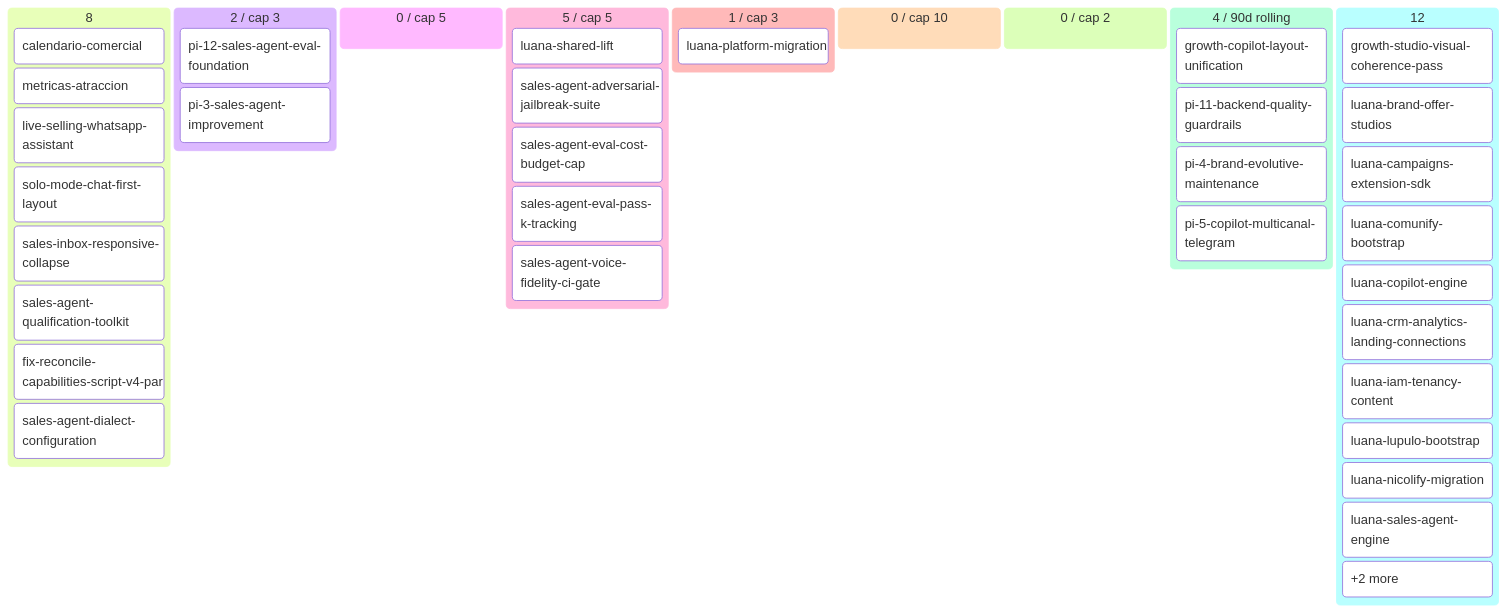
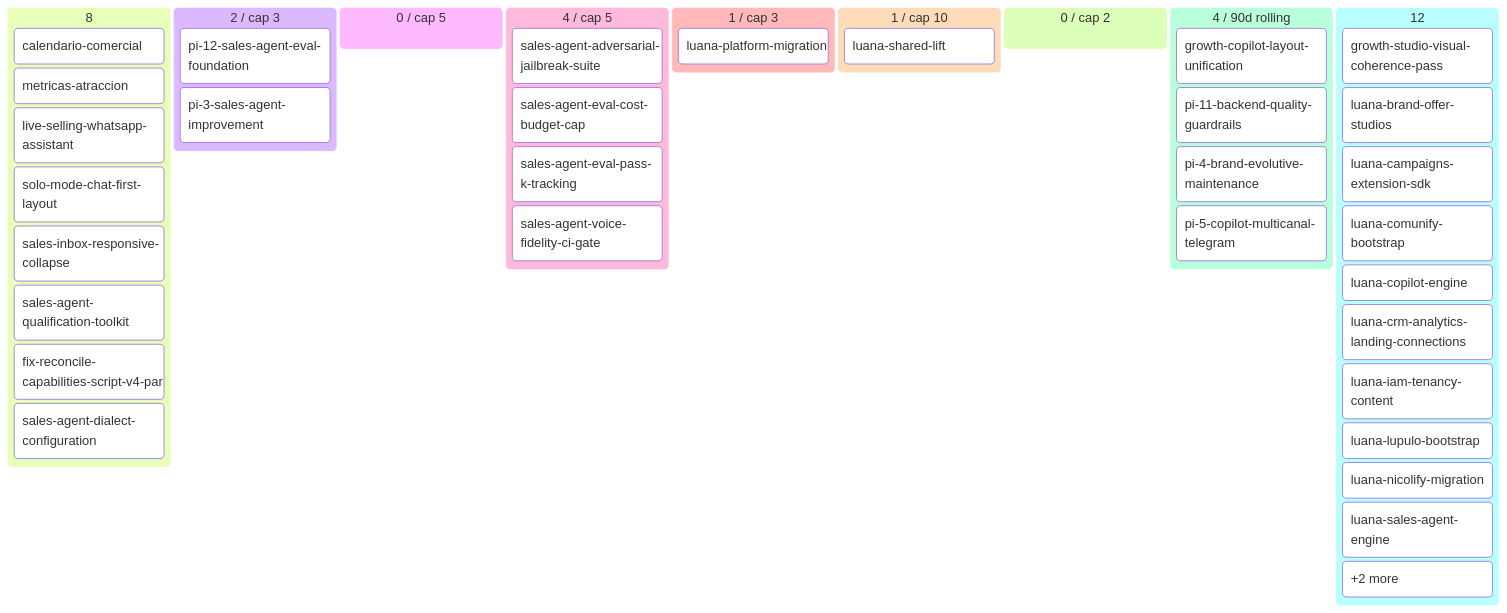
The diagram in docs/product/BACKLOG.md (alpacapurpura/ap_sales_agent), drawn with Mermaid before and after one commit. The commit also changed other lines of this file and 3 other files, not shown here.

First line of the commit message:
feat(luana-shared-lift): close Story 2 DEVELOPED — all 17 tickets GREEN

````diff
--- a/docs/product/BACKLOG.md
+++ b/docs/product/BACKLOG.md
@@ -70,43 +69,43 @@
 ```mermaid
 kanban
   💡 Ideas (8)
     calendario-comercial[calendario-comercial]
     metricas-atraccion[metricas-atraccion]
     live-selling-whatsapp-assistan[live-selling-whatsapp-assistant]
     solo-mode-chat-first-layout[solo-mode-chat-first-layout]
     sales-inbox-responsive-collaps[sales-inbox-responsive-collapse]
     sales-agent-qualification-tool[sales-agent-qualification-toolkit]
     fix-reconcile-capabilities-scr[fix-reconcile-capabilities-script-v4-par]
     sales-agent-dialect-configurat[sales-agent-dialect-configuration]
   🔬 Refining (2 / cap 3)
     pi-12-sales-agent-eval-foundat[pi-12-sales-agent-eval-foundation]
     pi-3-sales-agent-improvement[pi-3-sales-agent-improvement]
   ✅ Refined (0 / cap 5)
-  📦 Ready (5 / cap 5)
-    luana-shared-lift[luana-shared-lift]
+  📦 Ready (4 / cap 5)
     sales-agent-adversarial-jailbr[sales-agent-adversarial-jailbreak-suite]
     sales-agent-eval-cost-budget-c[sales-agent-eval-cost-budget-cap]
     sales-agent-eval-pass-k-tracki[sales-agent-eval-pass-k-tracking]
     sales-agent-voice-fidelity-ci-[sales-agent-voice-fidelity-ci-gate]
   🔨 Developing (1 / cap 3)
     luana-platform-migration[luana-platform-migration]
-  🧪 Developed (0 / cap 10)
+  🧪 Developed (1 / cap 10)
+    luana-shared-lift[luana-shared-lift]
   🔍 Reviewing (0 / cap 2)
   ✅ Done (4 / 90d rolling)
     growth-copilot-layout-unificat[growth-copilot-layout-unification]
     pi-11-backend-quality-guardrai[pi-11-backend-quality-guardrails]
     pi-4-brand-evolutive-maintenan[pi-4-brand-evolutive-maintenance]
     pi-5-copilot-multicanal-telegr[pi-5-copilot-multicanal-telegram]
   🅿 Parked (12)
     growth-studio-visual-coherence[growth-studio-visual-coherence-pass]
     luana-brand-offer-studios[luana-brand-offer-studios]
     luana-campaigns-extension-sdk[luana-campaigns-extension-sdk]
     luana-comunify-bootstrap[luana-comunify-bootstrap]
     luana-copilot-engine[luana-copilot-engine]
     luana-crm-analytics-landing-co[luana-crm-analytics-landing-connections]
     luana-iam-tenancy-content[luana-iam-tenancy-content]
     luana-lupulo-bootstrap[luana-lupulo-bootstrap]
     luana-nicolify-migration[luana-nicolify-migration]
     luana-sales-agent-engine[luana-sales-agent-engine]
     overflow-🅿 Parked[+2 more]
 ```
````
